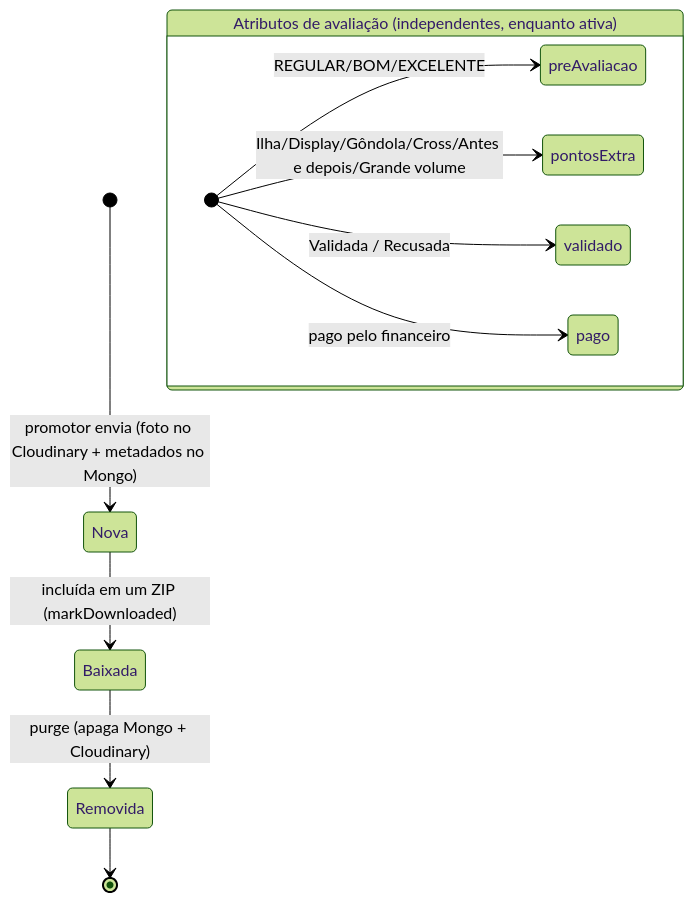
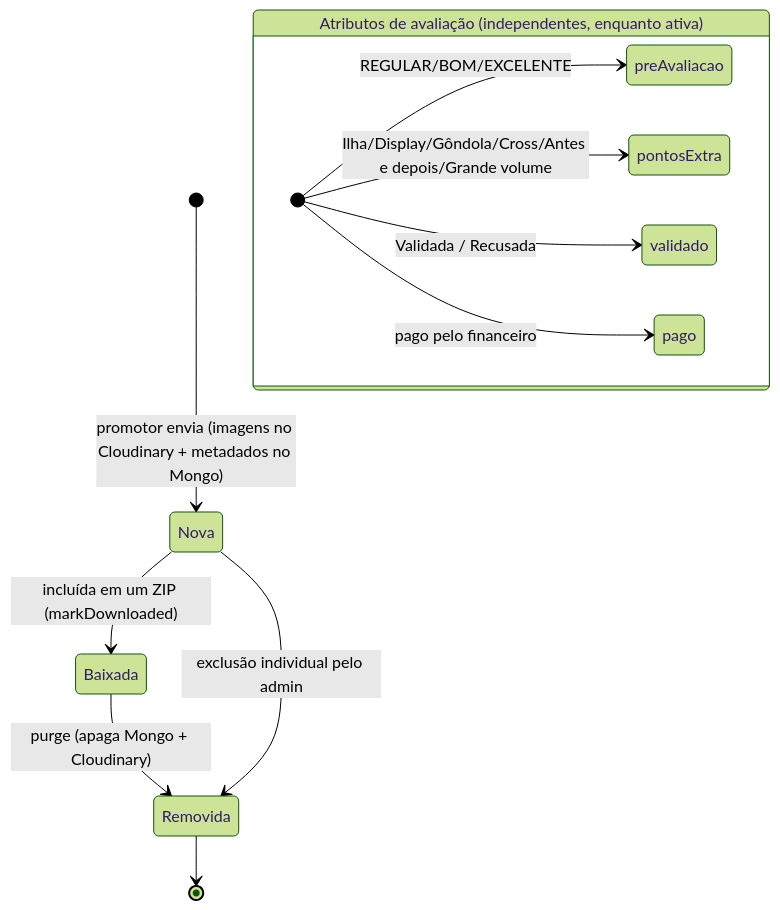
Before and after one commit to Vaniteux2006/pdv_memphis: the fifth of 5 diagrams in docs/04-fluxos-bpmn.md, drawn with Mermaid (forest theme). The commit also changed other lines of this file and 10 other files, not shown here.

````diff
--- a/docs/04-fluxos-bpmn.md
+++ b/docs/04-fluxos-bpmn.md
@@ -65,15 +83,16 @@
 ```mermaid
 stateDiagram-v2
-  [*] --> Nova : promotor envia (foto no Cloudinary + metadados no Mongo)
+  [*] --> Nova : promotor envia (imagens no Cloudinary + metadados no Mongo)
   Nova --> Baixada : incluída em um ZIP (markDownloaded)
   Baixada --> Removida : purge (apaga Mongo + Cloudinary)
+  Nova --> Removida : exclusão individual pelo admin
   Removida --> [*]
 
   state "Atributos de avaliação (independentes, enquanto ativa)" as Aval {
     direction LR
     [*] --> preAvaliacao : REGULAR/BOM/EXCELENTE
     [*] --> pontosExtra : Ilha/Display/Gôndola/Cross/Antes e depois/Grande volume
     [*] --> validado : Validada / Recusada
     [*] --> pago : pago pelo financeiro
   }
 ```
````
